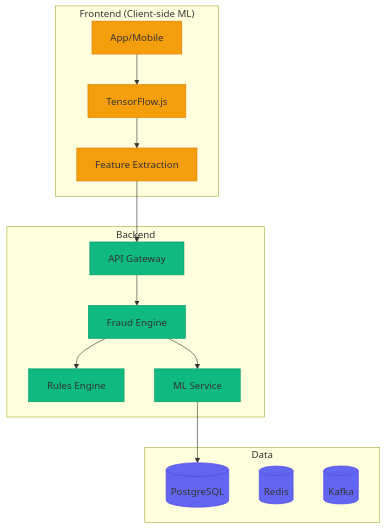
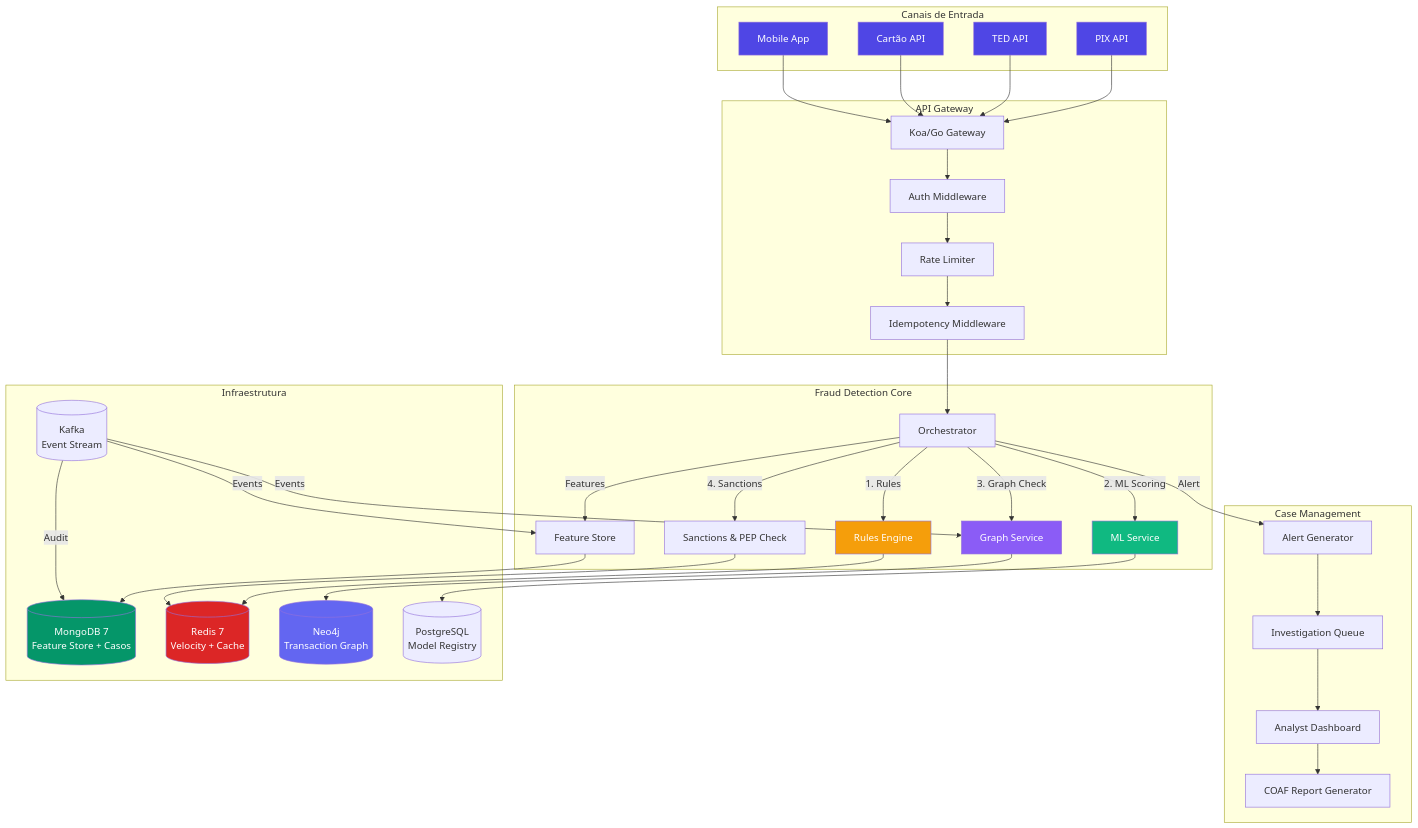
One commit to mateussiqueira/banking-stack changed the first of 4 diagrams in packages/docs/challenges/17-fraud-detection.md. Above: the diagram before and after it, drawn with Mermaid. The commit also changed other lines of this file and 80 other files, not shown here.

First line of the commit message:
roadmap fases 1-4: interatividade, quizzes, gamificacao, flashcards

````diff
--- a/packages/docs/challenges/17-fraud-detection.md
+++ b/packages/docs/challenges/17-fraud-detection.md
@@ -18,37 +133,81 @@
 ```mermaid
-graph TB
-    subgraph "Frontend (Client-side ML)"
-      APP[App/Mobile]
-      TFJS[TensorFlow.js]
-      FEATURES[Feature Extraction]
+flowchart TB
+    subgraph "Canais de Entrada"
+        PIX[PIX API]
+        TED[TED API]
+        CARD[Cartão API]
+        MOB[Mobile App]
     end
 
-    subgraph "Backend"
-      API[API Gateway]
-      ENGINE[Fraud Engine]
-      RULES[Rules Engine]
-      ML_SVC[ML Service]
+    subgraph "API Gateway"
+        GW[Koa/Go Gateway]
+        AUTH[Auth Middleware]
+        RATE[Rate Limiter]
+        IDP[Idempotency Middleware]
     end
 
-    subgraph "Data"
-      PG[(PostgreSQL)]
-      REDIS[(Redis)]
-      KAFKA[(Kafka)]
+    subgraph "Fraud Detection Core"
+        ORC[Orchestrator]
+        RE[Rules Engine]
+        MLS[ML Service]
+        GS[Graph Service]
+        FS[Feature Store]
+        SMP[Sanctions & PEP Check]
     end
 
-    APP --> TFJS
-    TFJS --> FEATURES
-    FEATURES --> API
-    API --> ENGINE
-    ENGINE --> RULES
-    ENGINE --> ML_SVC
-    ML_SVC --> PG
+    subgraph "Case Management"
+        ALERT[Alert Generator]
+        QUEUE[Investigation Queue]
+        DASH[Analyst Dashboard]
+        RPT[COAF Report Generator]
+    end
 
-    classDef frontend fill:#f59e0b,stroke:#d97706;
-    classDef backend fill:#10b981,stroke:#059669;
-    classDef data fill:#6366f1,stroke:#4f46e5;
+    subgraph "Infraestrutura"
+        MONGO[(MongoDB 7<br/>Feature Store + Casos)]
+        REDIS[(Redis 7<br/>Velocity + Cache)]
+        NEO4J[(Neo4j<br/>Transaction Graph)]
+        PG[(PostgreSQL<br/>Model Registry)]
+        KAFKA[(Kafka<br/>Event Stream)]
+    end
 
-    class APP,TFJS,FEATURES frontend;
-    class API,ENGINE,RULES,ML_SVC backend;
-    class PG,REDIS,KAFKA data;
+    PIX --> GW
+    TED --> GW
+    CARD --> GW
+    MOB --> GW
+    GW --> AUTH
+    AUTH --> RATE
+    RATE --> IDP
+    IDP --> ORC
+
+    ORC -->|1. Rules| RE
+    ORC -->|2. ML Scoring| MLS
+    ORC -->|3. Graph Check| GS
+    ORC -->|4. Sanctions| SMP
+    ORC -->|Features| FS
+
+    RE --> REDIS
+    MLS --> PG
+    GS --> NEO4J
+    FS --> MONGO
+    SMP --> REDIS
+
+    ORC -->|Alert| ALERT
+    ALERT --> QUEUE
+    QUEUE --> DASH
+    DASH --> RPT
+
+    KAFKA -->|Events| FS
+    KAFKA -->|Events| GS
+    KAFKA -->|Audit| MONGO
+
+    style PIX fill:#4f46e5,color:#fff
+    style TED fill:#4f46e5,color:#fff
+    style CARD fill:#4f46e5,color:#fff
+    style MOB fill:#4f46e5,color:#fff
+    style RE fill:#f59e0b,color:#fff
+    style MLS fill:#10b981,color:#fff
+    style GS fill:#8b5cf6,color:#fff
+    style REDIS fill:#dc2626,color:#fff
+    style MONGO fill:#059669,color:#fff
+    style NEO4J fill:#6366f1,color:#fff
 ```
````
